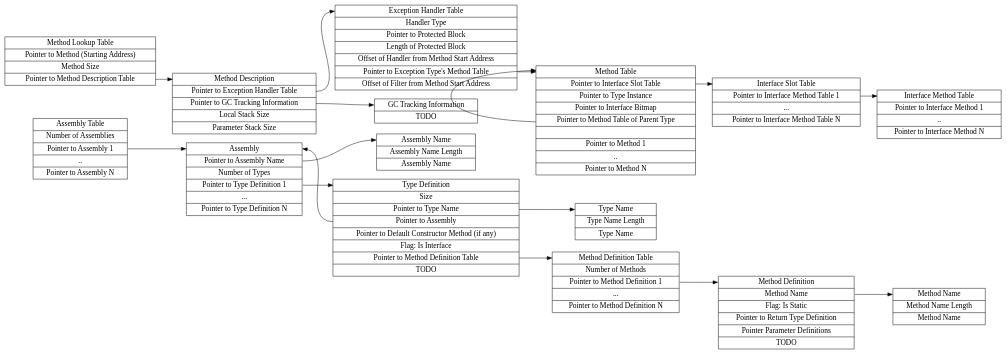
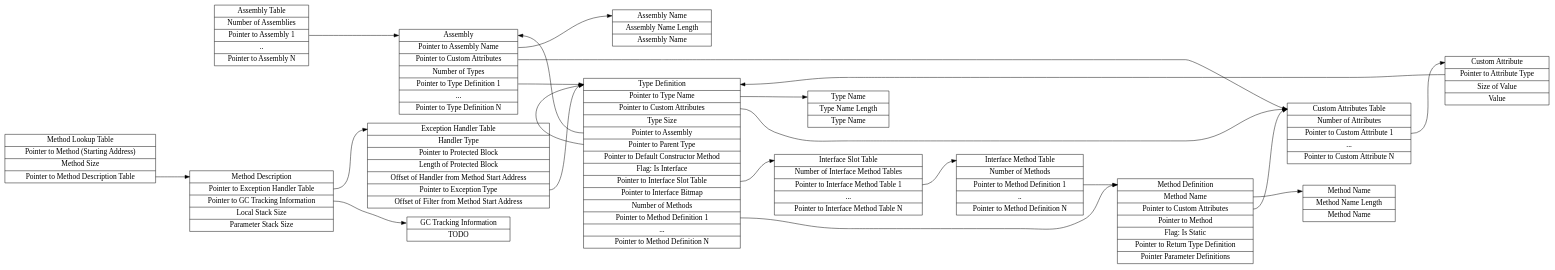
Before and after one commit to mosa/MOSA-Project: the diagram in Docs/MOSA-Runtime-Tables.gv, drawn with Graphviz. The commit also changed 1 other file, not shown here.

Commit message:
Updated MOSA Runtime Tables Diagram

```diff
--- a/Docs/MOSA-Runtime-Tables.gv
+++ b/Docs/MOSA-Runtime-Tables.gv
@@ -1,147 +1,168 @@
 digraph g {
 graph [
 rankdir = "LR"
 ];
 node [
 fontsize = "16"
 shape = "ellipse"
 ];
 edge [
+minlen = "2"
 ];
 
-"node0" [
-label = "<f0>Assembly Table|Number of Assemblies|<f1>Pointer to Assembly 1|..|Pointer to Assembly N"
+"AssemblyListTable" [
+label = "<f0>Assembly Table|<f1>Number of Assemblies|<f2>Pointer to Assembly 1|..|Pointer to Assembly N"
 shape = "record"
 ];
 
-"node1" [
-label = "<f0>Assembly|<f2>Pointer to Assembly Name| Number of Types|<f1>Pointer to Type  Definition 1|...|Pointer to Type  Definition N"
+"AssemblyDefinition" [
+label = "<f0>Assembly|<f1>Pointer to Assembly Name|<f2>Pointer to Custom Attributes|<f3> Number of Types|<f4>Pointer to Type  Definition 1|...|Pointer to Type  Definition N"
 shape = "record"
 ];
 
-"node2" [
-label = "<f0>Type Definition|Size|<f2>Pointer to Type Name|<f1>Pointer to Assembly|Pointer to Default Constructor Method (if any)|Flag: Is Interface|<f3>Pointer to Method Definition Table|TODO"
+"TypeDefinition" [
+label = "<f0>Type Definition|<f1>Pointer to Type Name|<f2>Pointer to Custom Attributes|<f3>Type Size|<f4>Pointer to Assembly|<f5>Pointer to Parent Type|<f6>Pointer to Default Constructor Method|<f7>Flag: Is Interface|<f8>Pointer to Interface Slot Table|<f9>Pointer to Interface Bitmap|<f10>Number of Methods|<f11>Pointer to Method Definition 1|...|Pointer to Method Definition N"
 shape = "record"
 ];
 
-"node3" [
-label = "<f0>Assembly Name|Assembly Name Length|Assembly Name"
+"AssemblyName" [
+label = "<f0>Assembly Name|<f1>Assembly Name Length|<f2>Assembly Name"
 shape = "record"
 ];
 
-"node4" [
-label = "<f0>Type Name|Type Name Length|Type Name"
+"TypeName" [
+label = "<f0>Type Name|<f1>Type Name Length|<f2>Type Name"
 shape = "record"
 ];
 
-"node5" [
-label = "<f0>Method Lookup Table|Pointer to Method (Starting Address)|Method Size|<f1>Pointer to Method Description Table"
+"MethodLookupTable" [
+label = "<f0>Method Lookup Table|<f1>Pointer to Method (Starting Address)|<f2>Method Size|<f3>Pointer to Method Description Table"
 shape = "record"
 ];
 
-"node6" [
-label = "<f0>Method Description|<f1>Pointer to Exception Handler Table|<f2>Pointer to GC Tracking Information|Local Stack Size|Parameter Stack Size"
+"MethodDescription" [
+label = "<f0>Method Description|<f1>Pointer to Exception Handler Table|<f2>Pointer to GC Tracking Information|<f3>Local Stack Size|<f4>Parameter Stack Size"
 shape = "record"
 ];
 
-"node7" [
-label = "<f0>Exception Handler Table|Handler Type|Pointer to Protected Block|Length of Protected Block|Offset of Handler from Method Start Address|<f1>Pointer to Exception Type's Method Table|Offset of Filter from Method Start Address"
+"ExceptionHandlerTable" [
+label = "<f0>Exception Handler Table|<f1>Handler Type|<f2>Pointer to Protected Block|<f3>Length of Protected Block|<f4>Offset of Handler from Method Start Address|<f5>Pointer to Exception Type|<f6>Offset of Filter from Method Start Address"
 shape = "record"
 ];
 
-"node8" [
-label = "<f0>Method Table|<f2>Pointer to Interface Slot Table|Pointer to Type Instance|Pointer to Interface Bitmap|<f1>Pointer to Method Table of Parent Type||Pointer to Method 1|..|Pointer to Method N"
+"InterfaceSlotTable" [
+label = "<f0>Interface Slot Table|<f1>Number of Interface Method Tables|<f2>Pointer to Interface Method Table 1|...|Pointer to Interface Method Table N"
 shape = "record"
 ];
 
-"node9" [
-label = "<f0>Interface Slot Table|<f1>Pointer to Interface Method Table 1|...|Pointer to Interface Method Table N"
+"InterfaceMethodTable" [
+label = "<f0>Interface Method Table|<f1>Number of Methods|<f2>Pointer to Method Definition 1|..|Pointer to Method Definition N"
 shape = "record"
 ];
 
-"node10" [
-label = "<f0>Interface Method Table|Pointer to Interface Method 1|..|Pointer to Interface Method N"
+"MethodDefinition" [
+label = "<f0>Method Definition|<f1>Method Name|<f2>Pointer to Custom Attributes|<f3>Pointer to Method|<f4>Flag: Is Static|<f5>Pointer to Return Type Definition|<f6>Pointer Parameter Definitions"
 shape = "record"
 ];
 
-"node11" [
-label = "<f0>Method Definition|<f1>Method Name|Flag: Is Static|Pointer to Return Type Definition|Pointer Parameter Definitions|TODO"
+"MethodName" [
+label = "<f0>Method Name|<f1>Method Name Length|<f2>Method Name"
 shape = "record"
 ];
 
-"node12" [
-label = "<f0>Method Name|Method Name Length|Method Name"
-shape = "record"
-];
-
-"node13" [
+"GCTrackingInformation" [
 label = "<f0>GC Tracking Information|TODO"
 shape = "record"
 ];
 
-"node14" [
-label = "<f0>Method Definition Table|Number of Methods|<f3>Pointer to Method Definition 1|...|Pointer to Method Definition N"
+"CustomAttributesTable" [
+label = "<f0>Custom Attributes Table|<f1>Number of Attributes|<f2>Pointer to Custom Attribute 1|...|Pointer to Custom Attribute N"
 shape = "record"
 ];
 
-"node0":f1 -> "node1":f0 [
+"CustomAttribute" [
+label = "<f0>Custom Attribute|<f1>Pointer to Attribute Type|<f2>Size of Value|<f3>Value"
+shape = "record"
+];
+
+"CustomAttributesTable":f2 -> "CustomAttribute":f0 [
 id = 0
 ];
 
-"node1":f1 -> "node2":f0 [
+"CustomAttribute":f1 -> "TypeDefinition":f0 [
 id = 0
 ];
 
-"node2":f1 -> "node1":f0 [
+"AssemblyListTable":f2 -> "AssemblyDefinition":f0 [
 id = 0
 ];
 
-"node1":f2 -> "node3":f0 [
+"AssemblyDefinition":f1 -> "AssemblyName":f0 [
 id = 0
 ];
 
-"node2":f2 -> "node4":f0 [
+"AssemblyDefinition":f2 -> "CustomAttributesTable":f0 [
 id = 0
 ];
 
-"node5":f1 -> "node6":f0 [
+"AssemblyDefinition":f4 -> "TypeDefinition":f0 [
 id = 0
 ];
 
-"node6":f1 -> "node7":f0 [
+"MethodLookupTable":f3 -> "MethodDescription":f0 [
 id = 0
 ];
 
-"node7":f1 -> "node8":f0 [
+"MethodDescription":f1 -> "ExceptionHandlerTable":f0 [
 id = 0
 ];
 
-"node8":f1 -> "node8":f0 [
+"ExceptionHandlerTable":f5 -> "TypeDefinition":f0 [
 id = 0
 ];
 
-"node8":f2 -> "node9":f0 [
+"TypeDefinition":f1 -> "TypeName":f0 [
 id = 0
 ];
 
-"node9":f1 -> "node10":f0 [
+"TypeDefinition":f2 -> "CustomAttributesTable":f0 [
 id = 0
 ];
 
-"node11":f1 -> "node12":f0 [
+"TypeDefinition":f4 -> "AssemblyDefinition":f0 [
 id = 0
 ];
 
-"node6":f2 -> "node13":f0 [
+"TypeDefinition":f5 -> "TypeDefinition":f0 [
 id = 0
 ];
 
-"node2":f3 -> "node14":f0 [
+"TypeDefinition":f8 -> "InterfaceSlotTable":f0 [
 id = 0
 ];
 
-"node14":f3 -> "node11":f0 [
+"TypeDefinition":f11 -> "MethodDefinition":f0 [
+id = 0
+];
+
+"InterfaceSlotTable":f2 -> "InterfaceMethodTable":f0 [
+id = 0
+];
+
+"InterfaceMethodTable":f2 -> "MethodDefinition":f0 [
+id = 0
+];
+
+"MethodDefinition":f1 -> "MethodName":f0 [
+id = 0
+];
+
+"MethodDefinition":f2 -> "CustomAttributesTable":f0 [
+id = 0
+];
+
+"MethodDescription":f2 -> "GCTrackingInformation":f0 [
 id = 0
 ];
 
 }
```
